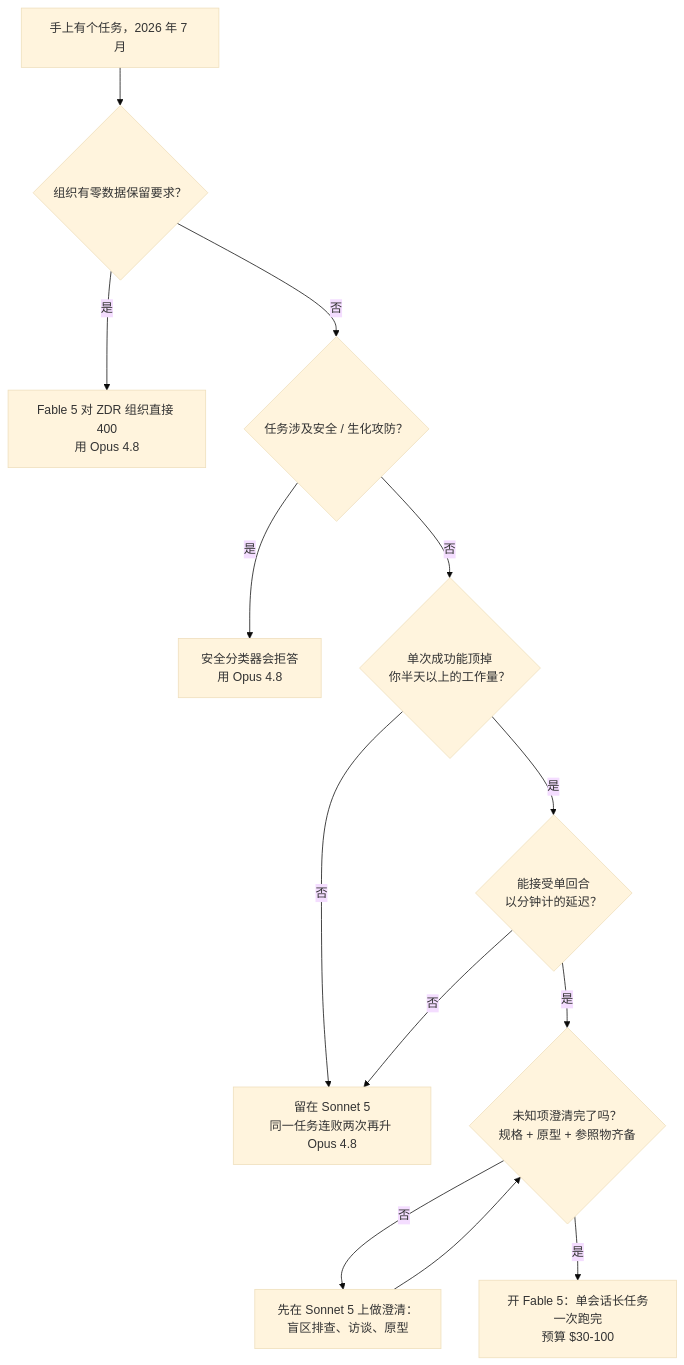
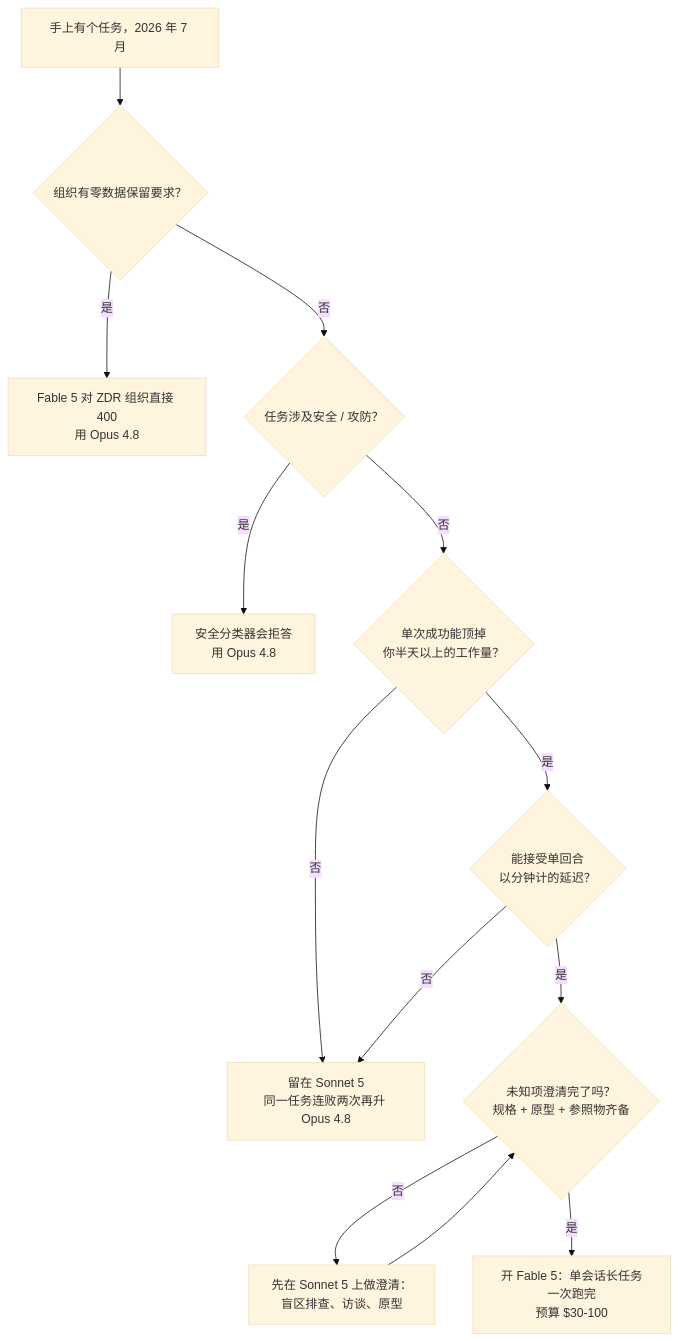
One commit to heyuan110/heyuan110.github.io changed the first of 2 diagrams in content/posts/ai/2026-07-10-claude-fable-5-guide/index.zh.md. Above: the diagram before and after it, drawn with Mermaid (base theme). The commit also changed other lines of this file and 1 other file, not shown here.

````diff
--- a/content/posts/ai/2026-07-10-claude-fable-5-guide/index.zh.md
+++ b/content/posts/ai/2026-07-10-claude-fable-5-guide/index.zh.md
@@ -84,15 +120,15 @@
 ```mermaid
 flowchart TD
     A["手上有个任务，2026 年 7 月"] --> B{"组织有零数据保留要求？"}
     B -- "是" --> Z["Fable 5 对 ZDR 组织直接 400<br/>用 Opus 4.8"]
-    B -- "否" --> C{"任务涉及安全 / 生化攻防？"}
+    B -- "否" --> C{"任务涉及安全 / 攻防？"}
     C -- "是" --> Z2["安全分类器会拒答<br/>用 Opus 4.8"]
     C -- "否" --> D{"单次成功能顶掉<br/>你半天以上的工作量？"}
     D -- "否" --> E["留在 Sonnet 5<br/>同一任务连败两次再升 Opus 4.8"]
     D -- "是" --> F{"能接受单回合<br/>以分钟计的延迟？"}
     F -- "否" --> E
     F -- "是" --> G{"未知项澄清完了吗？<br/>规格 + 原型 + 参照物齐备"}
     G -- "否" --> H["先在 Sonnet 5 上做澄清：<br/>盲区排查、访谈、原型"]
     H --> G
     G -- "是" --> I["开 Fable 5：单会话长任务一次跑完<br/>预算 $30-100"]
 ```
````
